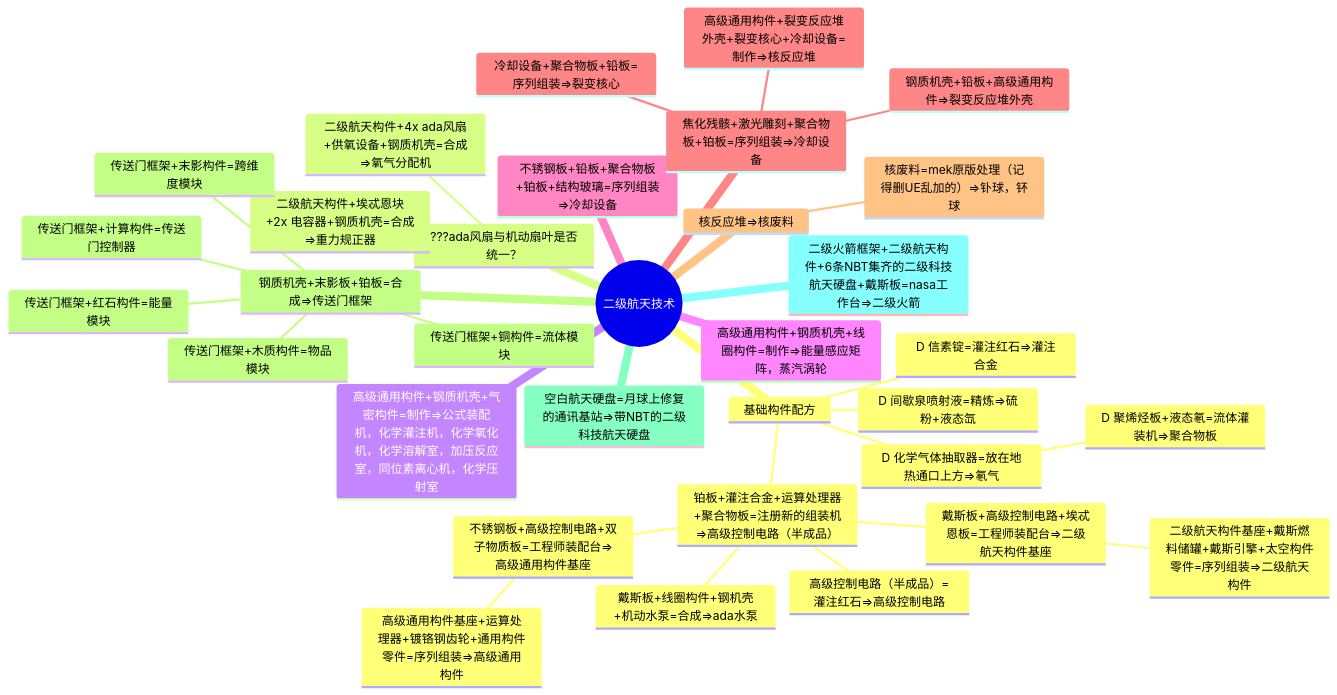
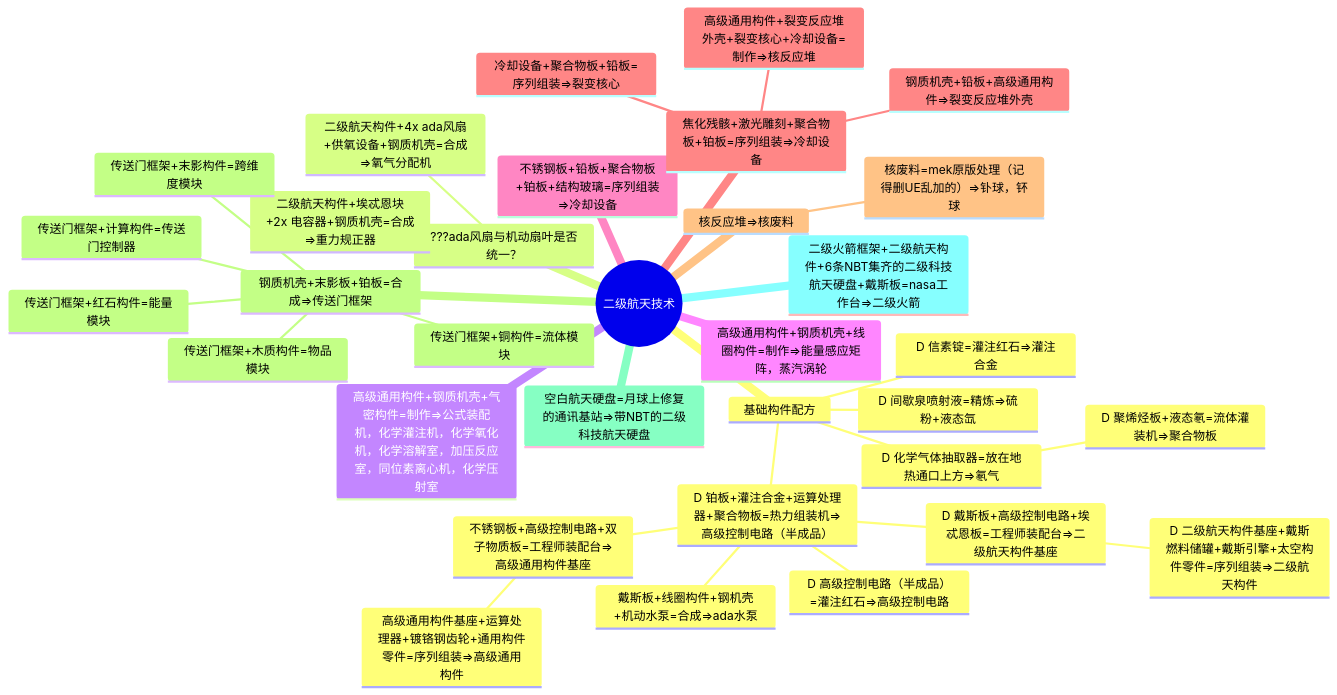
One commit to VechniMetel/CodeNameCIM2 changed the second of 4 diagrams in Developer/TechTreeMap.md. Above: the diagram before and after it, drawn with Mermaid. The commit also changed 51 other files, not shown here.

````diff
--- a/Developer/TechTreeMap.md
+++ b/Developer/TechTreeMap.md
@@ -45,36 +45,36 @@
 ``` mermaid
 mindmap
     root((二级航天技术))
         基础构件配方
             D 信素锭=灌注红石=>灌注合金
             D 间歇泉喷射液=精炼=>硫粉+液态氙
             D 化学气体抽取器=放在地热通口上方=>氡气
                 D 聚烯烃板+液态氡=流体灌装机=>聚合物板
-            铂板+灌注合金+运算处理器+聚合物板=注册新的组装机=>高级控制电路（半成品）
-                高级控制电路（半成品）=灌注红石=>高级控制电路
-                戴斯板+高级控制电路+埃忒恩板=工程师装配台=>二级航天构件基座
-                    二级航天构件基座+戴斯燃料储罐+戴斯引擎+太空构件零件=序列组装=>二级航天构件
+            D 铂板+灌注合金+运算处理器+聚合物板=热力组装机=>高级控制电路（半成品）
+                D 高级控制电路（半成品）=灌注红石=>高级控制电路
+                D 戴斯板+高级控制电路+埃忒恩板=工程师装配台=>二级航天构件基座
+                    D 二级航天构件基座+戴斯燃料储罐+戴斯引擎+太空构件零件=序列组装=>二级航天构件
                 不锈钢板+高级控制电路+双子物质板=工程师装配台=>高级通用构件基座
                     高级通用构件基座+运算处理器+镀铬钢齿轮+通用构件零件=序列组装=>高级通用构件
                 戴斯板+线圈构件+钢机壳+机动水泵=合成=>ada水泵
         ???ada风扇与机动扇叶是否统一？
             二级航天构件+4x ada风扇+供氧设备+钢质机壳=合成=>氧气分配机
             二级航天构件+埃忒恩块+2x 电容器+钢质机壳=合成=>重力规正器
         高级通用构件+钢质机壳+气密构件=制作=>公式装配机，化学灌注机，化学氧化机，化学溶解室，加压反应室，同位素离心机，化学压射室
         高级通用构件+钢质机壳+线圈构件=制作=>能量感应矩阵，蒸汽涡轮
         不锈钢板+铅板+聚合物板+铂板+结构玻璃=序列组装=>冷却设备
         焦化残骸+激光雕刻+聚合物板+铂板=序列组装=>冷却设备
             冷却设备+聚合物板+铅板=序列组装=>裂变核心
             钢质机壳+铅板+高级通用构件=>裂变反应堆外壳
             高级通用构件+裂变反应堆外壳+裂变核心+冷却设备=制作=>核反应堆
         核反应堆=>核废料
             核废料=mek原版处理（记得删UE乱加的）=>钋球，钚球
         钢质机壳+末影板+铂板=合成=>传送门框架
             传送门框架+计算构件=传送门控制器
             传送门框架+木质构件=物品模块
             传送门框架+铜构件=流体模块
             传送门框架+红石构件=能量模块
             传送门框架+末影构件=跨维度模块
         空白航天硬盘=月球上修复的通讯基站=>带NBT的二级科技航天硬盘
         二级火箭框架+二级航天构件+6条NBT集齐的二级科技航天硬盘+戴斯板=nasa工作台=>二级火箭
 ```
````
